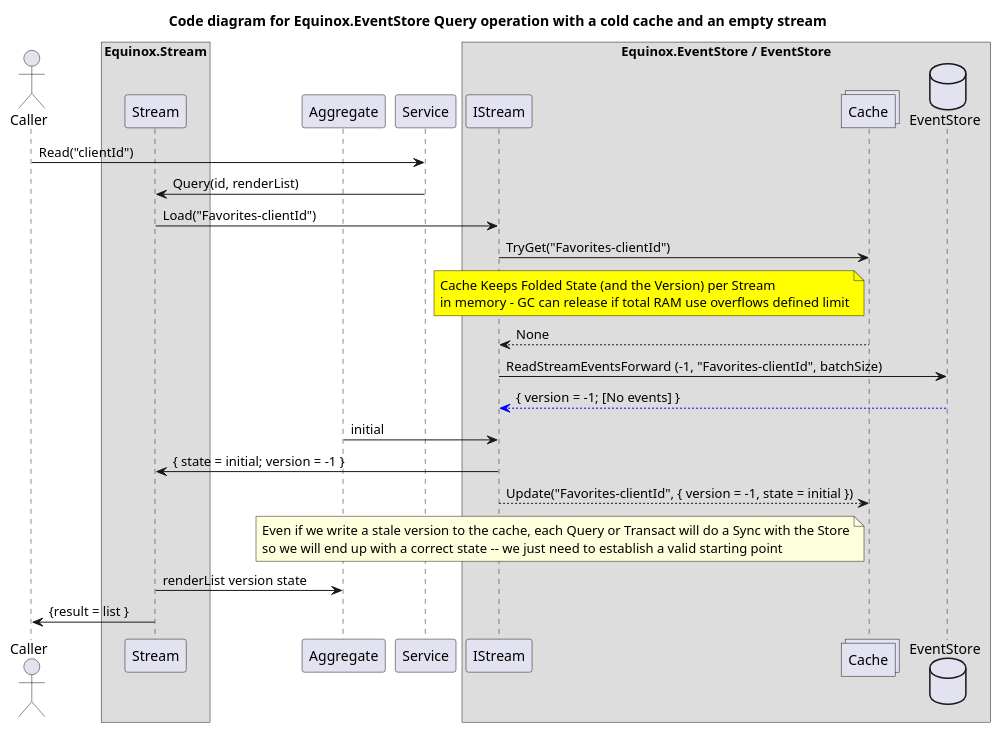
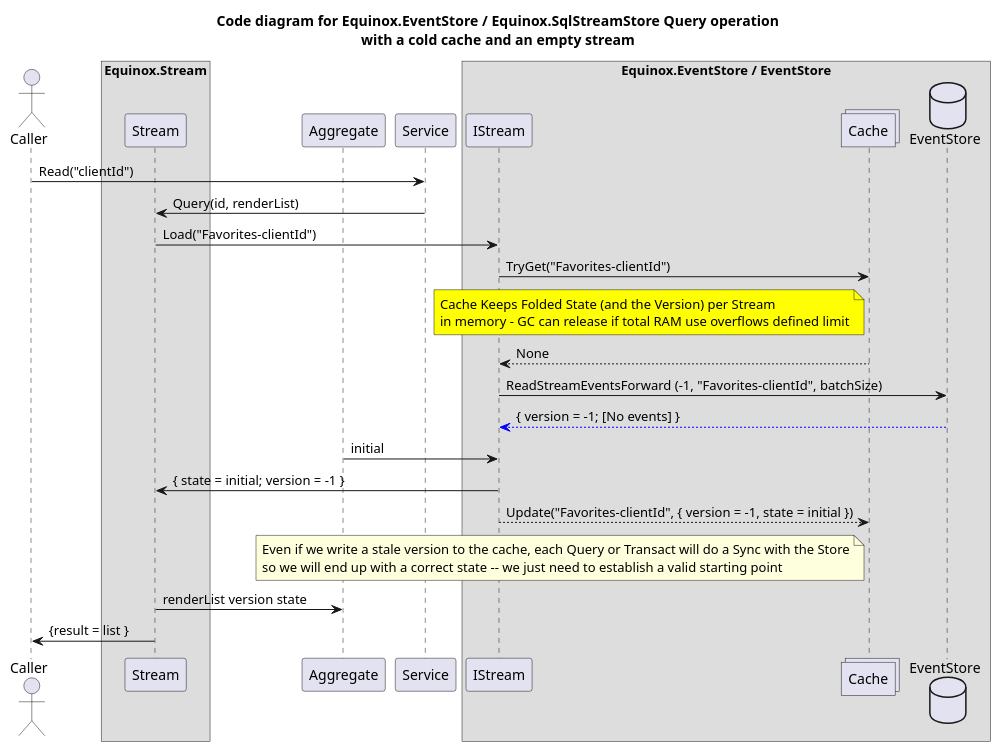
The first of 4 diagrams in diagrams/EventStoreCode.puml (jet/equinox), drawn with PlantUML before and after one commit. The commit also changed other lines of this file and 1 other file, not shown here.

Commit message:
Mention SqlStreamStore in diagrams

```diff
--- a/diagrams/EventStoreCode.puml
+++ b/diagrams/EventStoreCode.puml
@@ -1,31 +1,31 @@
 @startuml
-title Code diagram for Equinox.EventStore Query operation with a cold cache and an empty stream
+title Code diagram for Equinox.EventStore / Equinox.SqlStreamStore Query operation\nwith a cold cache and an empty stream
 
 actor Caller order 20
 box "Equinox.Stream"
     participant Stream order 40
 end box
 participant Aggregate order 50
 participant Service order 60
 box "Equinox.EventStore / EventStore"
   participant IStream order 80
   collections Cache order 90
   database EventStore order 100
 end box
 
 Caller -> Service: Read("clientId")
 participant Aggregate
 Service -> Stream: Query(id, renderList)
 Stream -> IStream: Load("Favorites-clientId")
 IStream -> Cache: TryGet("Favorites-clientId")
 note left of Cache #yellow: Cache Keeps Folded State (and the Version) per Stream\nin memory - GC can release if total RAM use overflows defined limit
 Cache --> IStream: None
 IStream -> EventStore: ReadStreamEventsForward (-1, "Favorites-clientId", batchSize)
 EventStore -[#blue]-> IStream: { version = -1; [No events] }
 IStream <- Aggregate: initial
 IStream -> Stream: { state = initial; version = -1 }
 IStream --> Cache: Update("Favorites-clientId", { version = -1, state = initial })
 note left of Cache: Even if we write a stale version to the cache, each Query or Transact will do a Sync with the Store\nso we will end up with a correct state -- we just need to establish a valid starting point
 Stream -> Aggregate: renderList version state
 Stream -> Caller: {result = list }
 @enduml
```
